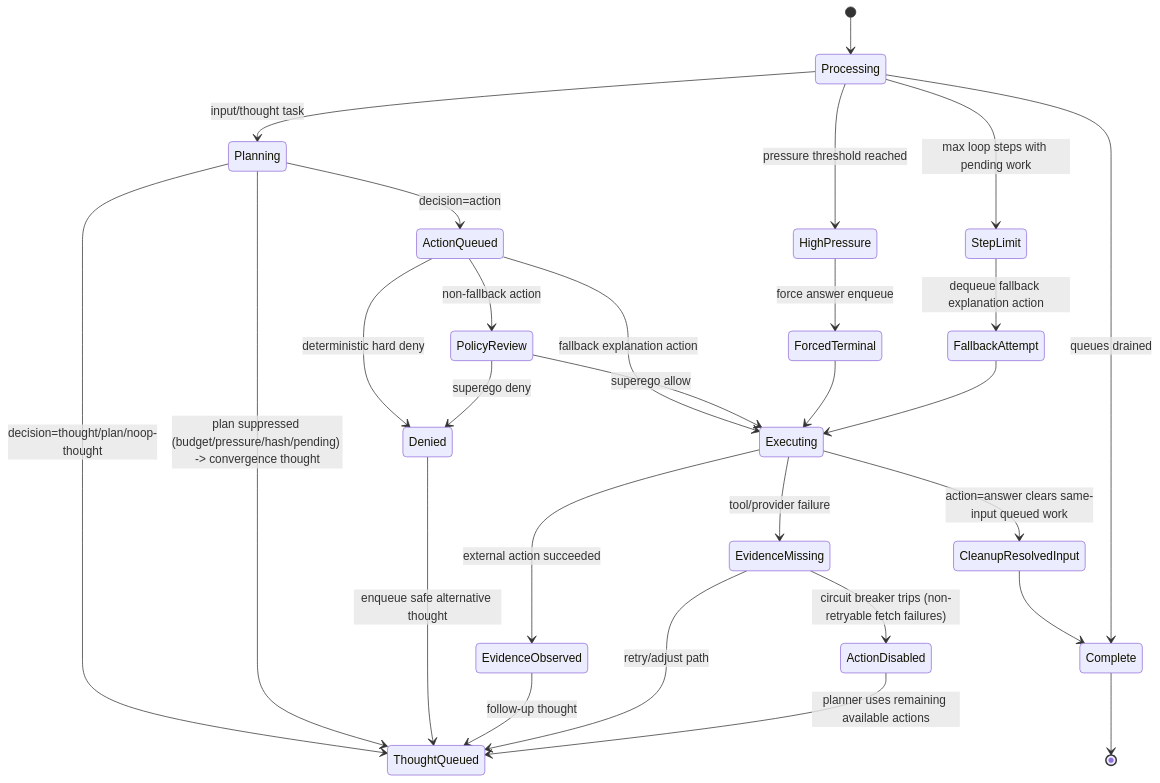
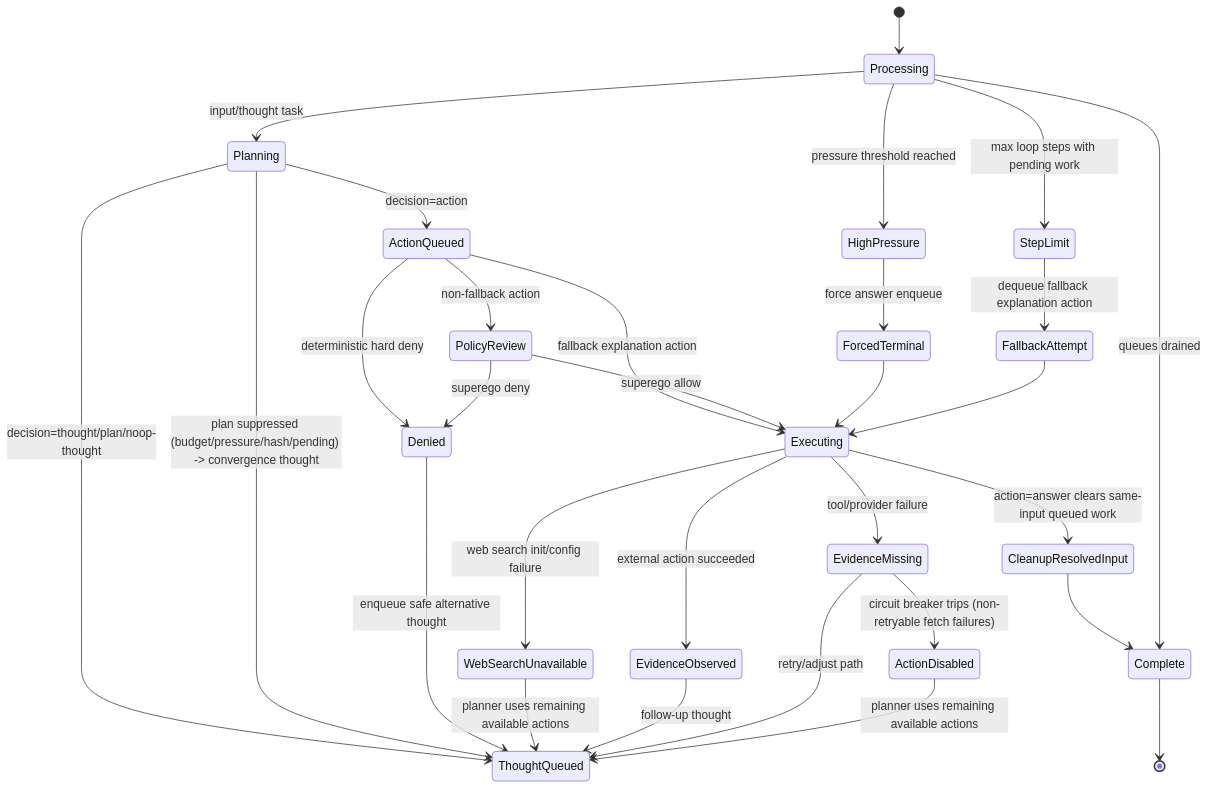
The fourth of 4 diagrams in AGENT_LOGIC_DIAGRAM.md (neopsyke/NeoPsyke), drawn with Mermaid before and after one commit. The commit also changed other lines of this file and 34 other files, not shown here.

````diff
--- a/AGENT_LOGIC_DIAGRAM.md
+++ b/AGENT_LOGIC_DIAGRAM.md
@@ -102,37 +118,39 @@
 ```mermaid
 stateDiagram-v2
     [*] --> Processing
 
     Processing --> Planning: input/thought task
     Planning --> ActionQueued: decision=action
     Planning --> ThoughtQueued: decision=thought/plan/noop-thought
     Planning --> ThoughtQueued: plan suppressed (budget/pressure/hash/pending) -> convergence thought
 
     ActionQueued --> PolicyReview: non-fallback action
     ActionQueued --> Executing: fallback explanation action
     ActionQueued --> Denied: deterministic hard deny
 
     PolicyReview --> Denied: superego deny
     Denied --> ThoughtQueued: enqueue safe alternative thought
 
     PolicyReview --> Executing: superego allow
     Executing --> EvidenceObserved: external action succeeded
     Executing --> EvidenceMissing: tool/provider failure
+    Executing --> WebSearchUnavailable: web search init/config failure
+    WebSearchUnavailable --> ThoughtQueued: planner uses remaining available actions
     EvidenceObserved --> ThoughtQueued: follow-up thought
     EvidenceMissing --> ThoughtQueued: retry/adjust path
     EvidenceMissing --> ActionDisabled: circuit breaker trips (non-retryable fetch failures)
     ActionDisabled --> ThoughtQueued: planner uses remaining available actions
 
     Processing --> HighPressure: pressure threshold reached
     HighPressure --> ForcedTerminal: force answer enqueue
     ForcedTerminal --> Executing
 
     Processing --> StepLimit: max loop steps with pending work
     StepLimit --> FallbackAttempt: dequeue fallback explanation action
     FallbackAttempt --> Executing
 
     Executing --> CleanupResolvedInput: action=answer clears same-input queued work
     CleanupResolvedInput --> Complete
     Processing --> Complete: queues drained
     Complete --> [*]
 ```
````
